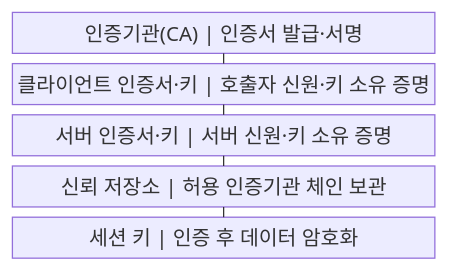
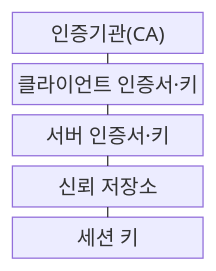
The first of 2 diagrams in src/content/docs/notes/04-network/031_mtls_mutual_tls.md (agnusdei1207/knowledge-base), drawn with Mermaid before and after one commit. The commit also changed 122 other files, not shown here.

````diff
--- a/src/content/docs/notes/04-network/031_mtls_mutual_tls.md
+++ b/src/content/docs/notes/04-network/031_mtls_mutual_tls.md
@@ -49,13 +49,13 @@
 ```mermaid
-block
+block-beta
     columns 1
-    A["인증기관(CA) | 인증서 발급·서명"]
-    B["클라이언트 인증서·키 | 호출자 신원·키 소유 증명"]
-    C["서버 인증서·키 | 서버 신원·키 소유 증명"]
-    D["신뢰 저장소 | 허용 인증기관 체인 보관"]
-    E["세션 키 | 인증 후 데이터 암호화"]
+    A["인증기관(CA)"]
+    B["클라이언트 인증서·키"]
+    C["서버 인증서·키"]
+    D["신뢰 저장소"]
+    E["세션 키"]
     A --- B
     B --- C
     C --- D
     D --- E
 ```
````
